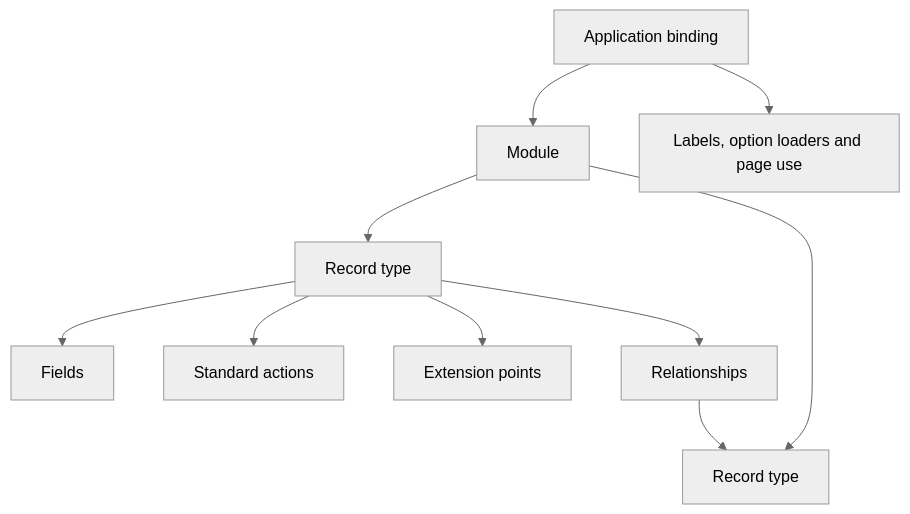
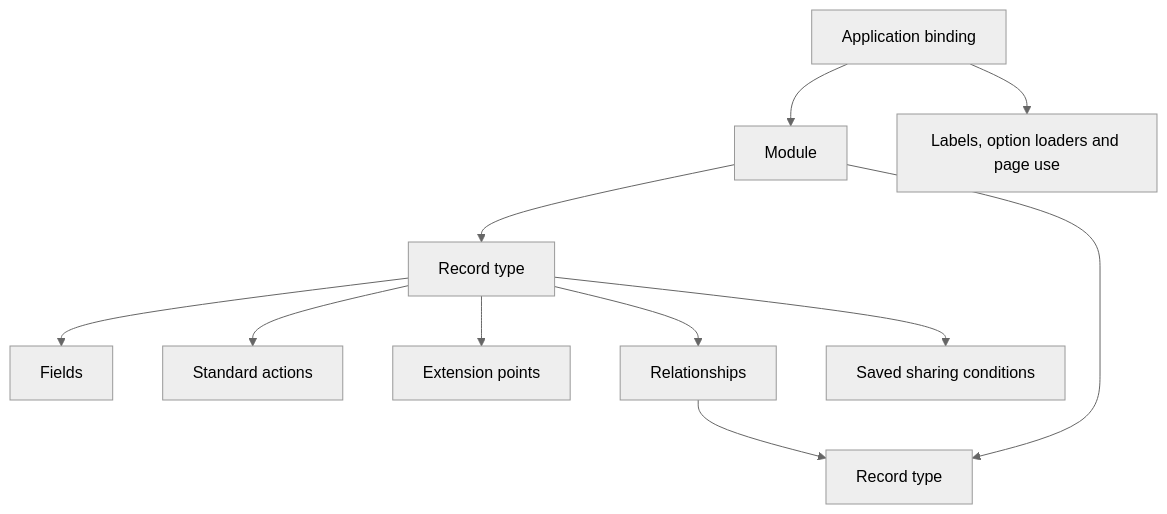
Before and after one commit to Abzum-NZ/Abzum-Vortex: the first of 2 diagrams in docs/specification/05-modules-fields-and-relationships.md, drawn with Mermaid (neutral theme). The commit also changed other lines of this file and 22 other files, not shown here.

````diff
--- a/docs/specification/05-modules-fields-and-relationships.md
+++ b/docs/specification/05-modules-fields-and-relationships.md
@@ -9,12 +9,13 @@
 ```mermaid
 flowchart TD
     M[Module] --> RT1[Record type]
     M --> RT2[Record type]
     RT1 --> F[Fields]
     RT1 --> A[Standard actions]
     RT1 --> X[Extension points]
     RT1 --> REL[Relationships]
+    RT1 --> SHARE[Saved sharing conditions]
     REL --> RT2
     APP[Application binding] --> M
     APP --> OV[Labels, option loaders and page use]
 ```
````
